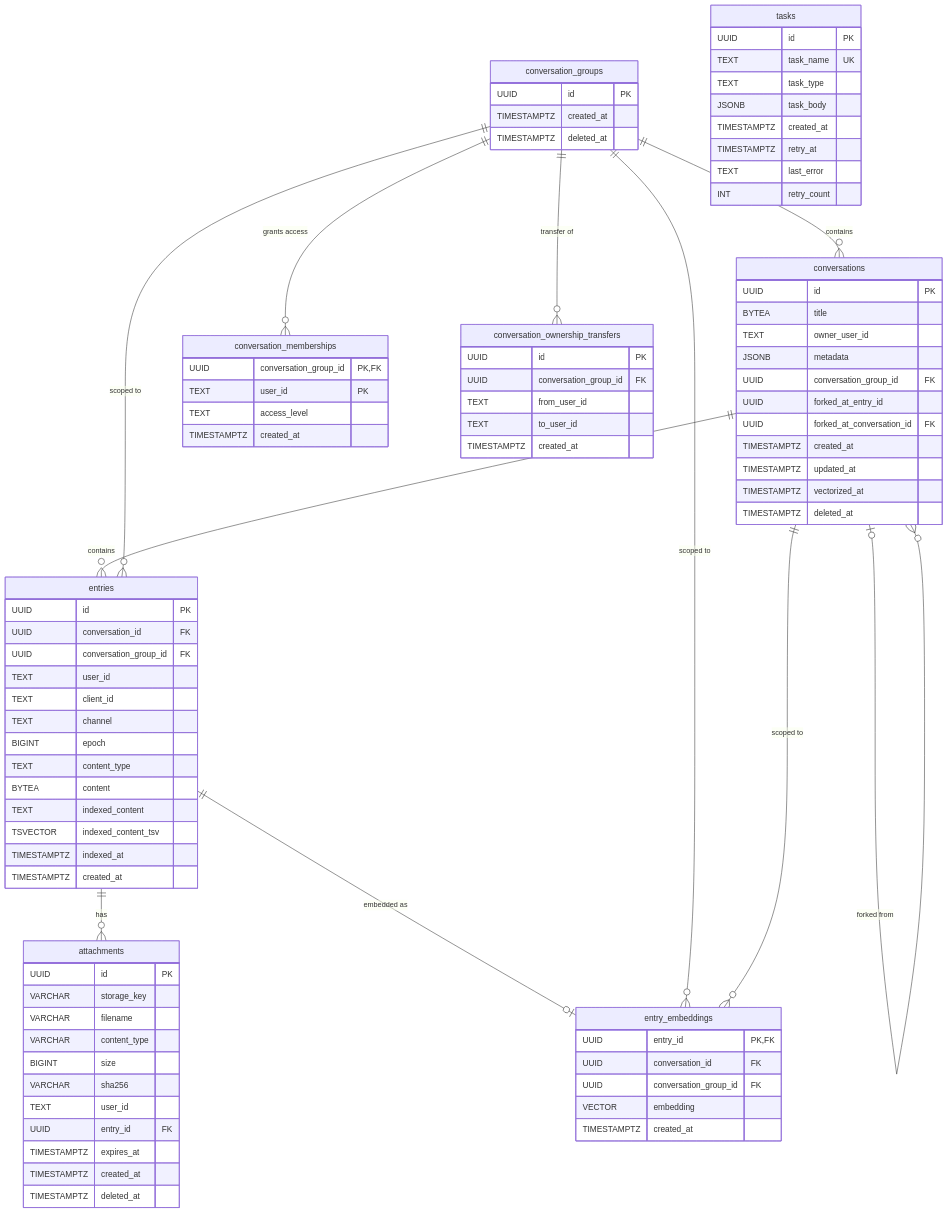
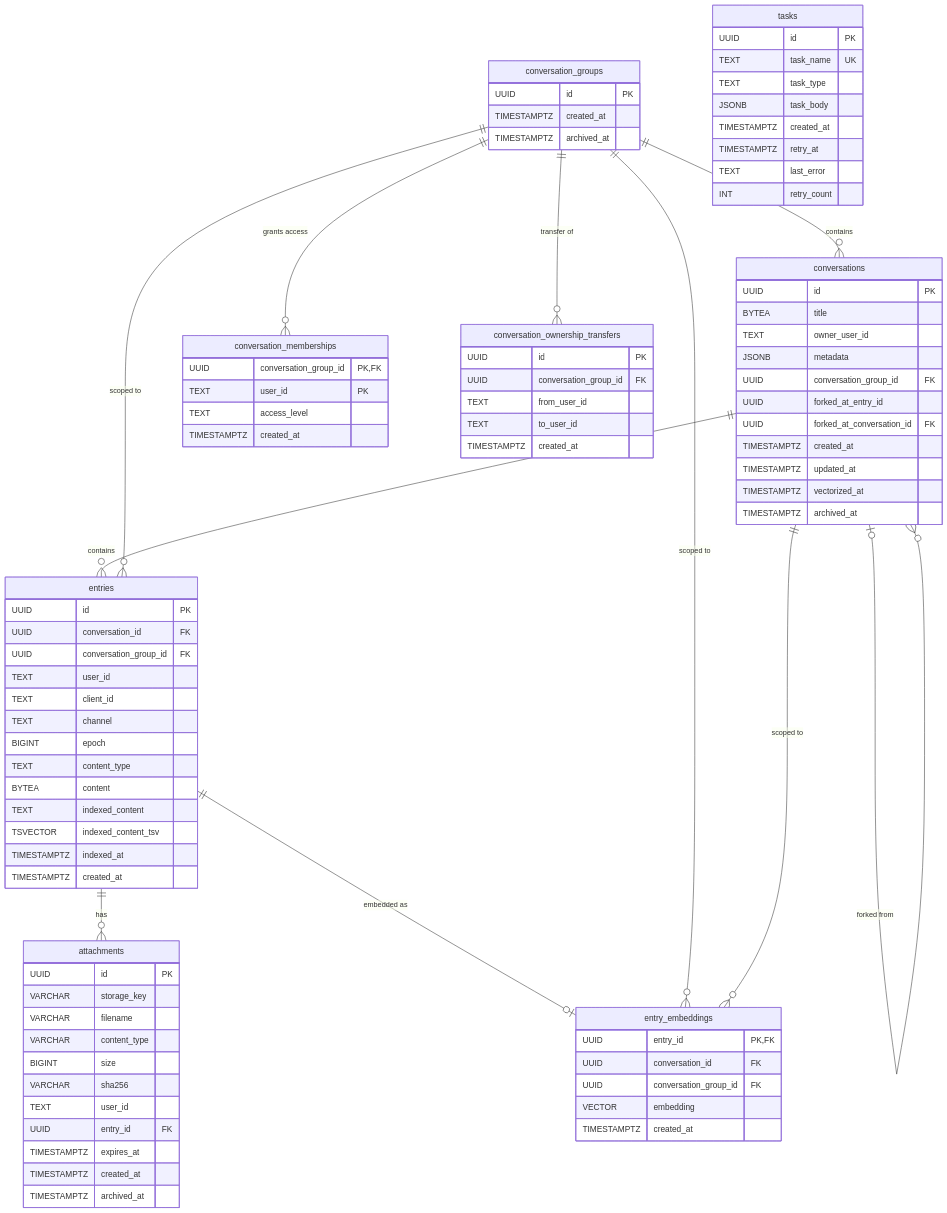
Before and after one commit to chirino/memory-service: the diagram in docs/db-design.md, drawn with Mermaid. The commit also changed other lines of this file and 154 other files, not shown here.

```diff
--- a/docs/db-design.md
+++ b/docs/db-design.md
@@ -10,7 +10,7 @@
     conversation_groups {
         UUID id PK
         TIMESTAMPTZ created_at
-        TIMESTAMPTZ deleted_at
+        TIMESTAMPTZ archived_at
     }
 
     conversations {
@@ -24,7 +24,7 @@
         TIMESTAMPTZ created_at
         TIMESTAMPTZ updated_at
         TIMESTAMPTZ vectorized_at
-        TIMESTAMPTZ deleted_at
+        TIMESTAMPTZ archived_at
     }
 
     conversation_memberships {
@@ -61,7 +61,7 @@
         UUID entry_id FK
         TIMESTAMPTZ expires_at
         TIMESTAMPTZ created_at
-        TIMESTAMPTZ deleted_at
+        TIMESTAMPTZ archived_at
     }
 
     conversation_ownership_transfers {
```
